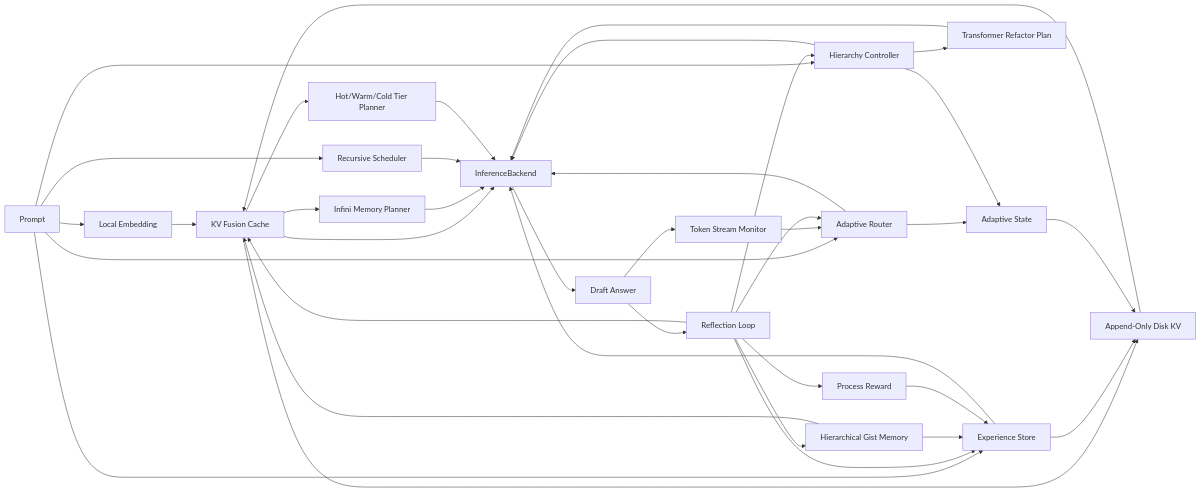
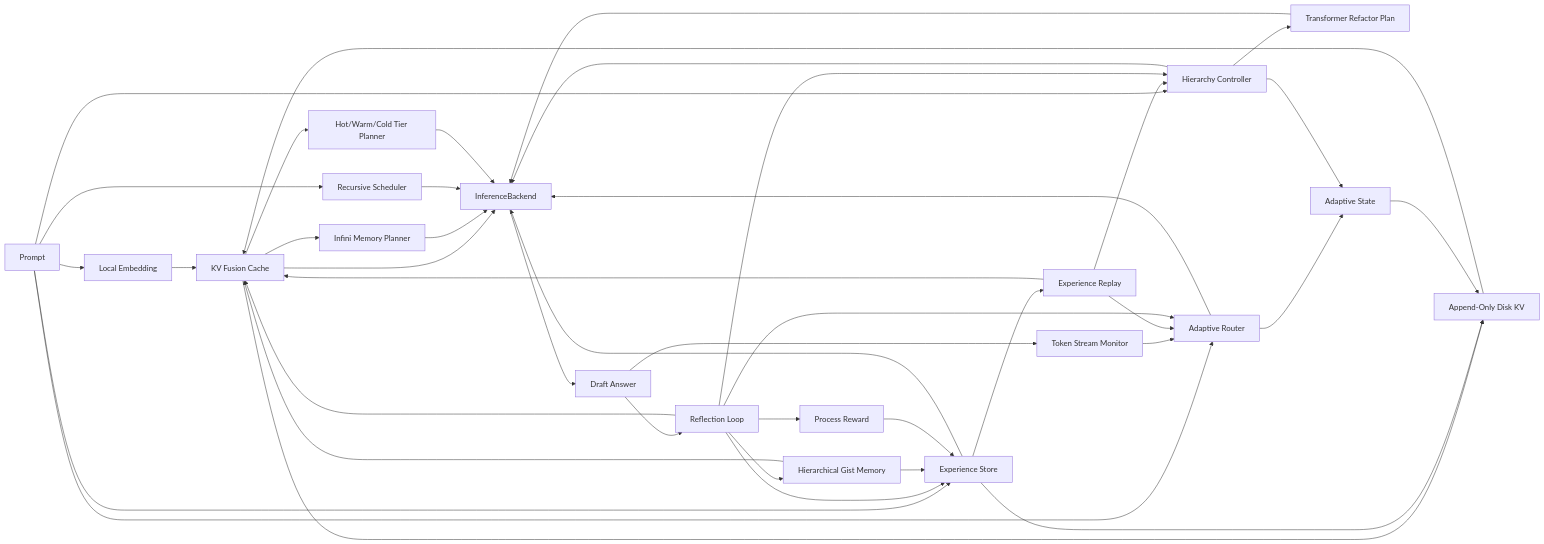
The diagram in README.md (yanghao1143/rust-norion), drawn with Mermaid before and after one commit. The commit also changed other lines of this file and 5 other files, not shown here.

Commit message:
Add reward-ranked experience replay

````diff
--- a/README.md
+++ b/README.md
@@ -200,39 +207,43 @@
 ```mermaid
 flowchart LR
     Prompt[Prompt] --> Embed[Local Embedding]
     Embed --> Memory[KV Fusion Cache]
     Memory --> Infini[Infini Memory Planner]
     Memory --> DiskKV[Append-Only Disk KV]
     Memory --> Tiers[Hot/Warm/Cold Tier Planner]
     Prompt --> Router[Adaptive Router]
     Prompt --> Hierarchy[Hierarchy Controller]
     Prompt --> Recursive[Recursive Scheduler]
     Prompt --> Experience[Experience Store]
     Hierarchy --> Transformer[Transformer Refactor Plan]
     Memory --> Backend[InferenceBackend]
     Infini --> Backend
     Recursive --> Backend
     DiskKV --> Memory
     Tiers --> Backend
     Experience --> Backend
     Transformer --> Backend
     Router --> Backend
     Hierarchy --> Backend
     Backend --> Draft[Draft Answer]
     Draft --> Stream[Token Stream Monitor]
     Draft --> Reflect[Reflection Loop]
     Reflect --> Gist[Hierarchical Gist Memory]
     Reflect --> Reward[Process Reward]
     Stream --> Router
     Reflect --> Experience[Experience Store]
     Reflect --> Memory
     Gist --> Experience
     Gist --> Memory
     Reward --> Experience
+    Experience --> Replay[Experience Replay]
+    Replay --> Router
+    Replay --> Hierarchy
+    Replay --> Memory
     Experience --> DiskKV
     Reflect --> Router
     Reflect --> Hierarchy
     Router --> Adaptive[Adaptive State]
     Hierarchy --> Adaptive
     Adaptive --> DiskKV
 ```
````
